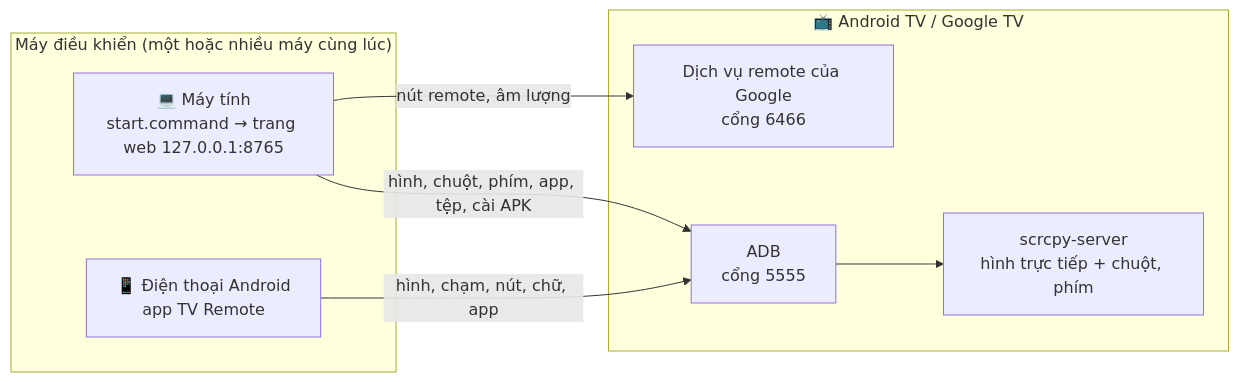
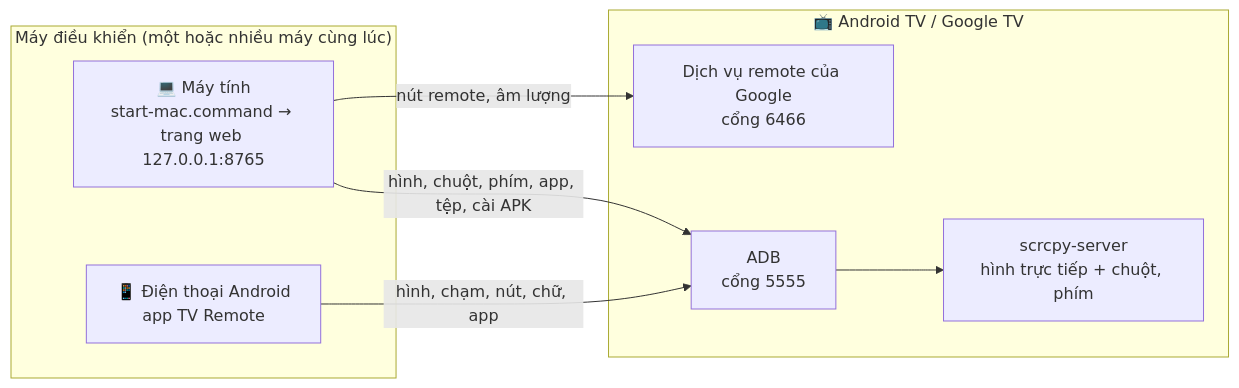
One commit to 9000000/tv-remote changed the first of 4 diagrams in README.md. Above: the diagram before and after it, drawn with Mermaid. The commit also changed other lines of this file and 203 other files, not shown here.

````diff
--- a/README.md
+++ b/README.md
@@ -15,16 +23,16 @@
 ```mermaid
 flowchart LR
     subgraph C["Máy điều khiển (một hoặc nhiều máy cùng lúc)"]
-        PC["💻 Máy tính<br/>start.command → trang web 127.0.0.1:8765"]
+        PC["💻 Máy tính<br/>start-mac.command → trang web 127.0.0.1:8765"]
         PH["📱 Điện thoại Android<br/>app TV Remote"]
     end
     subgraph T["📺 Android TV / Google TV"]
         R["Dịch vụ remote của Google<br/>cổng 6466"]
         A["ADB<br/>cổng 5555"]
         S["scrcpy-server<br/>hình trực tiếp + chuột, phím"]
         A --> S
     end
     PC -- "nút remote, âm lượng" --> R
     PC -- "hình, chuột, phím, app, tệp, cài APK" --> A
     PH -- "hình, chạm, nút, chữ, app" --> A
 ```
````
